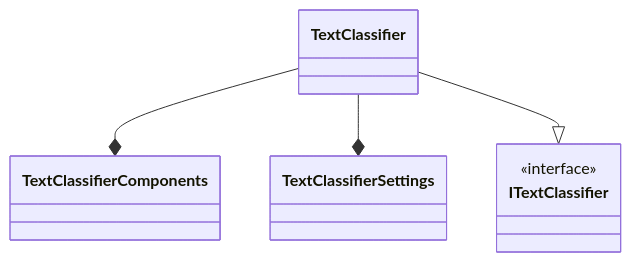
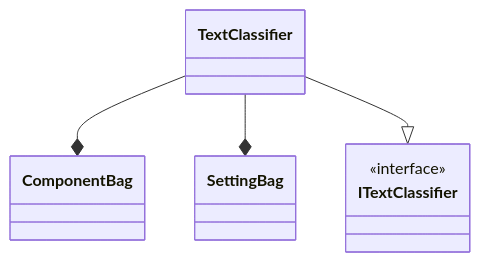
The diagram in CONTRIBUTIONGUIDEFORCSHARP.md (numbworks/numbworks), drawn with Mermaid before and after one commit. The commit also changed other lines of this file, not shown here.

Commit message:
CONTRIBUTIONGUIDEFORCSHARP: updated to the Bag Pattern.

````diff
--- a/CONTRIBUTIONGUIDEFORCSHARP.md
+++ b/CONTRIBUTIONGUIDEFORCSHARP.md
@@ -150,18 +152,18 @@
 ```mermaid
 classDiagram
 
     class ITextClassifier{
         <<interface>>
     }
     class TextClassifier{ 
     }
-    class TextClassifierComponents{ 
+    class ComponentBag{ 
     }
-    class TextClassifierSettings{ 
+    class SettingBag{ 
     }    
 
-    TextClassifier --* TextClassifierComponents
-    TextClassifier --* TextClassifierSettings
+    TextClassifier --* ComponentBag
+    TextClassifier --* SettingBag
     TextClassifier --|> ITextClassifier
 
 ```
````
